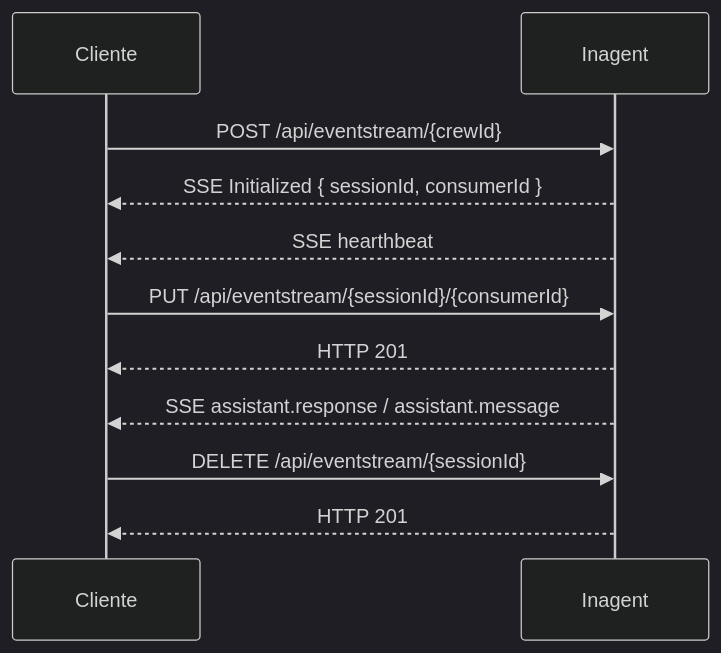
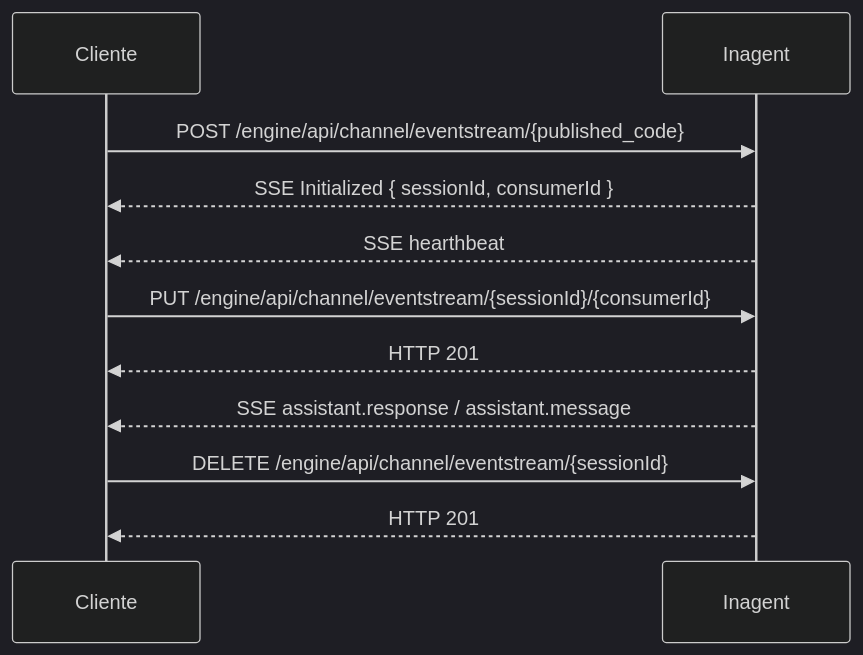
The diagram in api-reference/endpoints/channel.mdx (mauriciolazaro-inconcert/mintlify-docs), drawn with Mermaid (dark theme) before and after one commit. The commit also changed other lines of this file and 4 other files, not shown here.

Commit message:
fix api eventstream url

````diff
--- a/api-reference/endpoints/channel.mdx
+++ b/api-reference/endpoints/channel.mdx
@@ -46,13 +46,13 @@
 ```mermaid
 sequenceDiagram
     participant Cliente
     participant Inagent
-    Cliente->>Inagent: POST /api/eventstream/{crewId}
+    Cliente->>Inagent: POST /engine/api/channel/eventstream/{published_code}
     Inagent-->>Cliente: SSE Initialized { sessionId, consumerId }
     Inagent-->>Cliente: SSE hearthbeat
-    Cliente->>Inagent: PUT /api/eventstream/{sessionId}/{consumerId}
+    Cliente->>Inagent: PUT /engine/api/channel/eventstream/{sessionId}/{consumerId}
     Inagent-->>Cliente: HTTP 201
     Inagent-->>Cliente: SSE assistant.response / assistant.message
-    Cliente->>Inagent: DELETE /api/eventstream/{sessionId}
+    Cliente->>Inagent: DELETE /engine/api/channel/eventstream/{sessionId}
     Inagent-->>Cliente: HTTP 201
 ```
````
